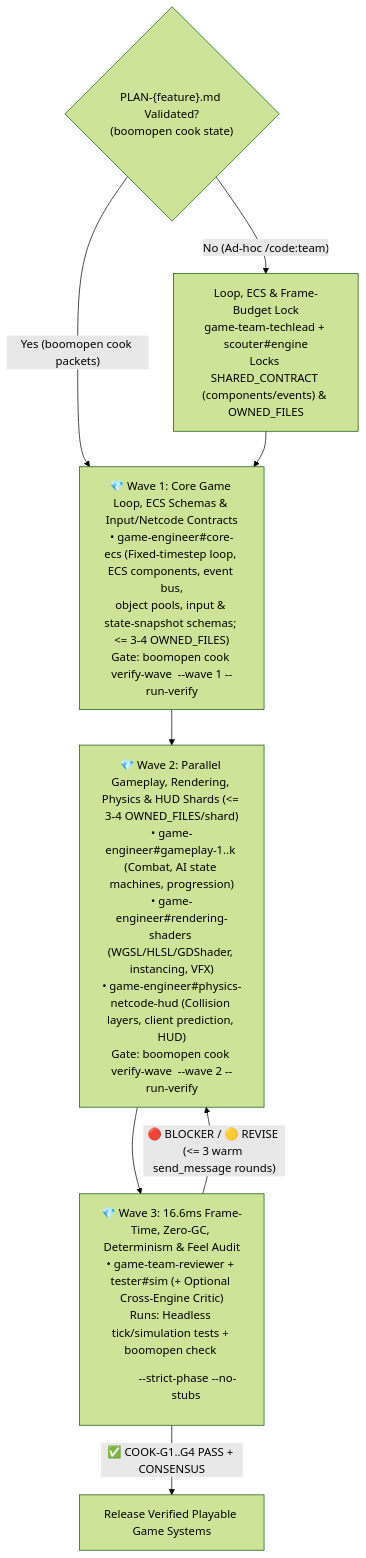
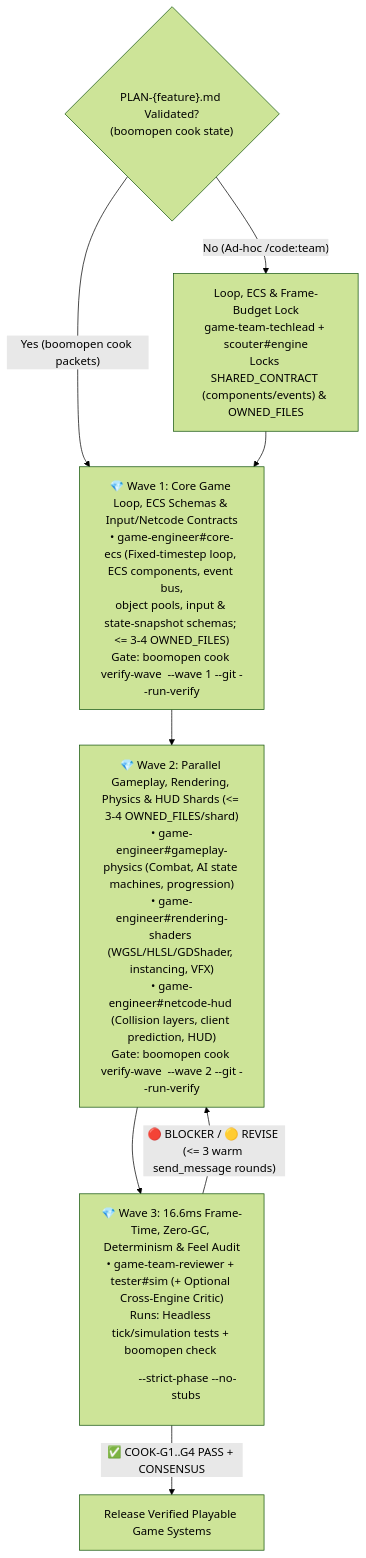
Before and after one commit to Kennyboom/BoomOpen-Workflow-Kit-Pro: the diagram in agents/teams/game-team/_team.md, drawn with Mermaid (forest theme). The commit also changed other lines of this file and 302 other files, not shown here.

````diff
--- a/agents/teams/game-team/_team.md
+++ b/agents/teams/game-team/_team.md
@@ -45,11 +46,11 @@
 ```mermaid
 flowchart TD
     G0{"PLAN-{feature}.md Validated?<br/>(boomopen cook state)"}
     G0 -->|"Yes (boomopen cook packets)"| W1
     G0 -->|"No (Ad-hoc /code:team)"| S0["Loop, ECS & Frame-Budget Lock<br/>game-team-techlead + scouter#engine<br/>Locks SHARED_CONTRACT (components/events) & OWNED_FILES"]
-    S0 --> W1["💎 Wave 1: Core Game Loop, ECS Schemas & Input/Netcode Contracts<br/>• game-engineer#core-ecs (Fixed-timestep loop, ECS components, event bus,<br/>object pools, input & state-snapshot schemas; <= 3-4 OWNED_FILES)<br/>Gate: boomopen cook verify-wave <plan.md> --wave 1 --run-verify"]
-    W1 --> W2["💎 Wave 2: Parallel Gameplay, Rendering, Physics & HUD Shards (<= 3-4 OWNED_FILES/shard)<br/>• game-engineer#gameplay-1..k (Combat, AI state machines, progression)<br/>• game-engineer#rendering-shaders (WGSL/HLSL/GDShader, instancing, VFX)<br/>• game-engineer#physics-netcode-hud (Collision layers, client prediction, HUD)<br/>Gate: boomopen cook verify-wave <plan.md> --wave 2 --run-verify"]
+    S0 --> W1["💎 Wave 1: Core Game Loop, ECS Schemas & Input/Netcode Contracts<br/>• game-engineer#core-ecs (Fixed-timestep loop, ECS components, event bus,<br/>object pools, input & state-snapshot schemas; <= 3-4 OWNED_FILES)<br/>Gate: boomopen cook verify-wave <plan.md> --wave 1 --git --run-verify"]
+    W1 --> W2["💎 Wave 2: Parallel Gameplay, Rendering, Physics & HUD Shards (<= 3-4 OWNED_FILES/shard)<br/>• game-engineer#gameplay-physics (Combat, AI state machines, progression)<br/>• game-engineer#rendering-shaders (WGSL/HLSL/GDShader, instancing, VFX)<br/>• game-engineer#netcode-hud (Collision layers, client prediction, HUD)<br/>Gate: boomopen cook verify-wave <plan.md> --wave 2 --git --run-verify"]
     W2 --> W3["💎 Wave 3: 16.6ms Frame-Time, Zero-GC, Determinism & Feel Audit<br/>• game-team-reviewer + tester#sim (+ Optional Cross-Engine Critic)<br/>Runs: Headless tick/simulation tests + boomopen check <dir> --strict-phase --no-stubs"]
     W3 -->|"🔴 BLOCKER / 🟡 REVISE (<= 3 warm send_message rounds)"| W2
     W3 -->|"✅ COOK-G1..G4 PASS + CONSENSUS"| OUT["Release Verified Playable Game Systems"]
 ```
````
